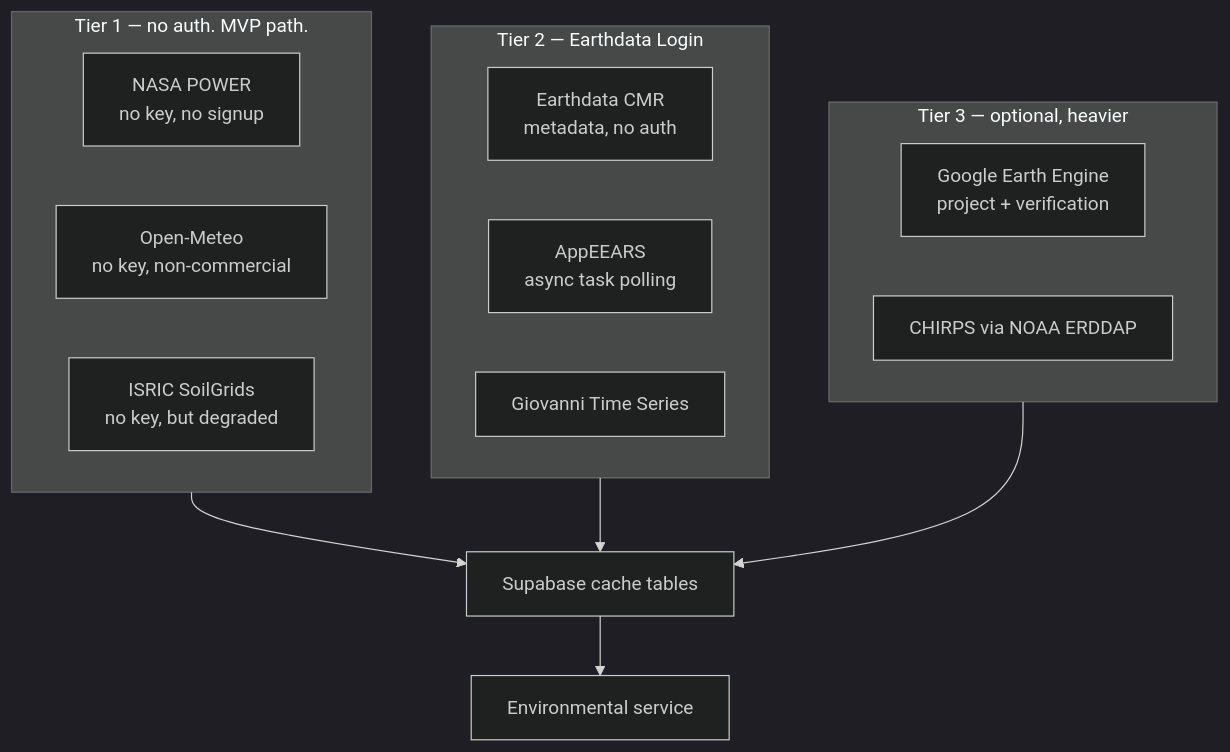
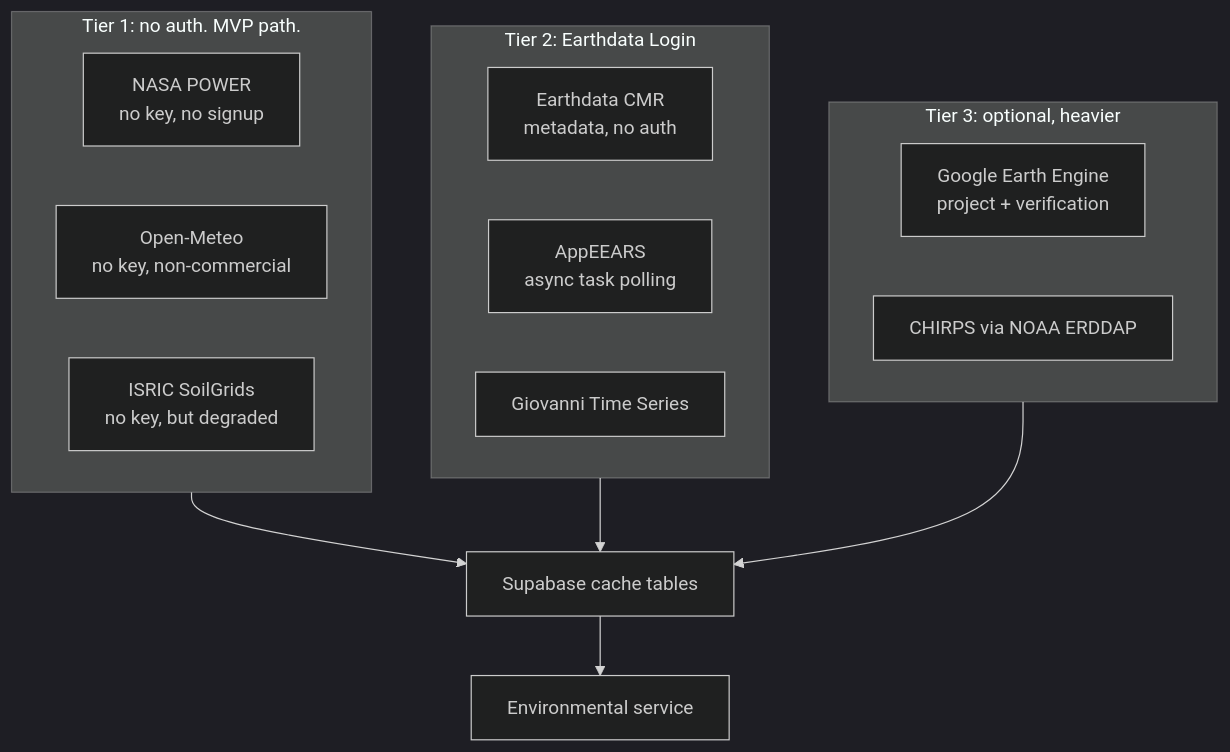
Before and after one commit to vip-ultr/dalashift: the first of 2 diagrams in docs/api/data-retrieval-strategy.md, drawn with Mermaid (dark theme). The commit also changed other lines of this file and 62 other files, not shown here.

````diff
--- a/docs/api/data-retrieval-strategy.md
+++ b/docs/api/data-retrieval-strategy.md
@@ -30,22 +30,22 @@
 ```mermaid
 flowchart TB
-    subgraph T1["Tier 1 — no auth. MVP path."]
+    subgraph T1["Tier 1: no auth. MVP path."]
         P["NASA POWER<br/>no key, no signup"]
         OM["Open-Meteo<br/>no key, non-commercial"]
         SG["ISRIC SoilGrids<br/>no key, but degraded"]
     end
-    subgraph T2["Tier 2 — Earthdata Login"]
+    subgraph T2["Tier 2: Earthdata Login"]
         CMR["Earthdata CMR<br/>metadata, no auth"]
         AEE["AppEEARS<br/>async task polling"]
         GIO["Giovanni Time Series"]
     end
-    subgraph T3["Tier 3 — optional, heavier"]
+    subgraph T3["Tier 3: optional, heavier"]
         GEE["Google Earth Engine<br/>project + verification"]
         CH["CHIRPS via NOAA ERDDAP"]
     end
 
     T1 --> Cache["Supabase cache tables"]
     T2 --> Cache
     T3 --> Cache
     Cache --> Svc["Environmental service"]
 ```
````
